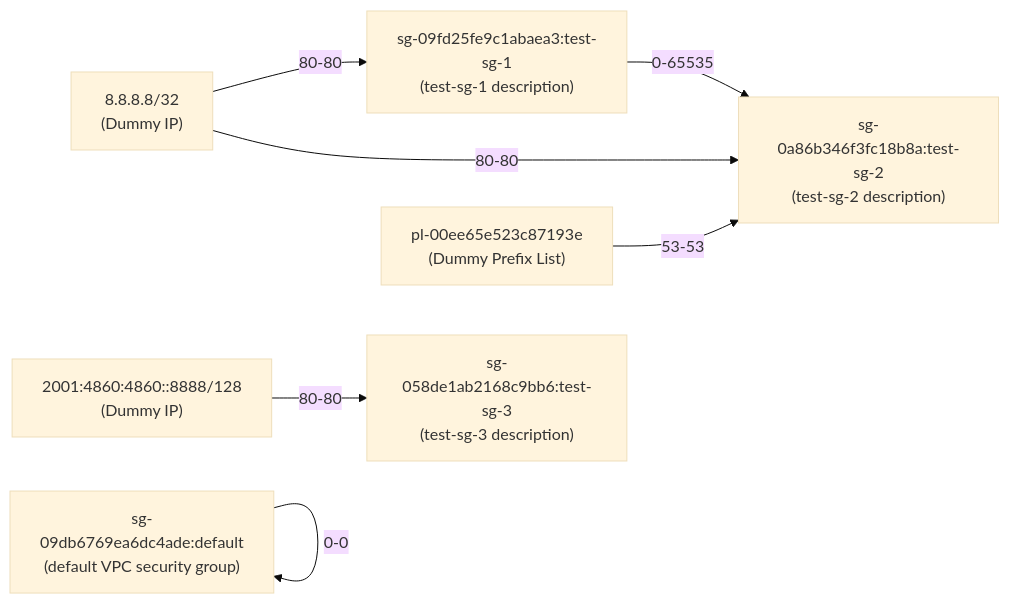
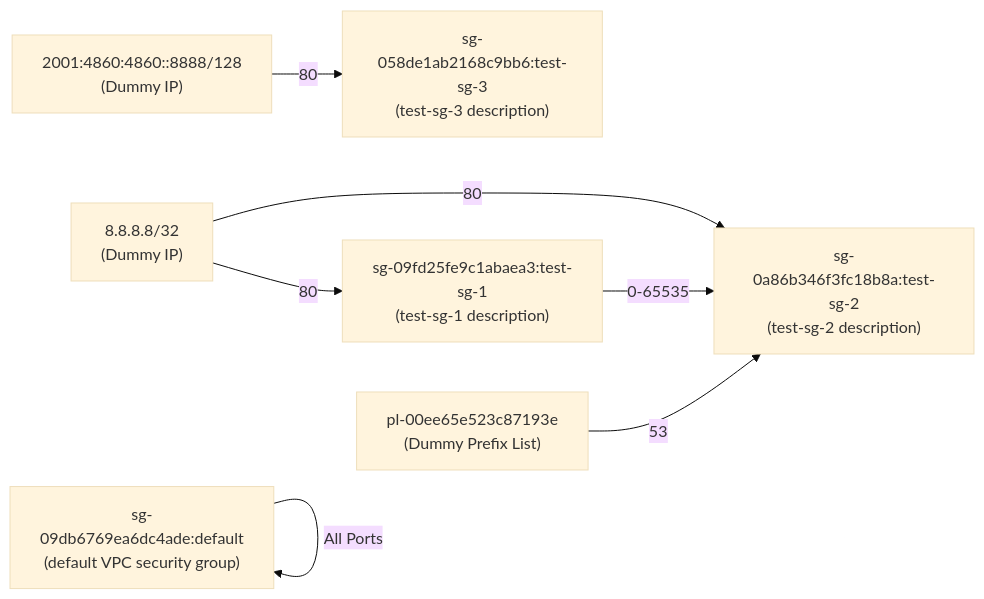
One commit to nag0yan/sgviz changed the diagram in output.md. Above: the diagram before and after it, drawn with Mermaid (base theme). The commit also changed 2 other files, not shown here.

Commit message:
modify: n-n -> n, 0-0 -> All Ports

````diff
--- a/output.md
+++ b/output.md
@@ -1,23 +1,23 @@
 ```mermaid
 flowchart LR
-	sg-09fd25fe9c1abaea3["sg-09fd25fe9c1abaea3:test-sg-1
-(test-sg-1 description)"]
 	8.8.8.8/32["8.8.8.8/32
 (Dummy IP)"]
 	sg-058de1ab2168c9bb6["sg-058de1ab2168c9bb6:test-sg-3
 (test-sg-3 description)"]
 	2001:4860:4860::8888/128["2001:4860:4860::8888/128
 (Dummy IP)"]
 	sg-0a86b346f3fc18b8a["sg-0a86b346f3fc18b8a:test-sg-2
 (test-sg-2 description)"]
 	pl-00ee65e523c87193e["pl-00ee65e523c87193e
 (Dummy Prefix List)"]
 	sg-09db6769ea6dc4ade["sg-09db6769ea6dc4ade:default
 (default VPC security group)"]
-	8.8.8.8/32-->|"80-80"|sg-09fd25fe9c1abaea3
-	2001:4860:4860::8888/128-->|"80-80"|sg-058de1ab2168c9bb6
-	8.8.8.8/32-->|"80-80"|sg-0a86b346f3fc18b8a
+	sg-09fd25fe9c1abaea3["sg-09fd25fe9c1abaea3:test-sg-1
+(test-sg-1 description)"]
+	8.8.8.8/32-->|"80"|sg-09fd25fe9c1abaea3
+	2001:4860:4860::8888/128-->|"80"|sg-058de1ab2168c9bb6
+	8.8.8.8/32-->|"80"|sg-0a86b346f3fc18b8a
 	sg-09fd25fe9c1abaea3-->|"0-65535"|sg-0a86b346f3fc18b8a
-	pl-00ee65e523c87193e-->|"53-53"|sg-0a86b346f3fc18b8a
-	sg-09db6769ea6dc4ade-->|"0-0"|sg-09db6769ea6dc4ade
+	pl-00ee65e523c87193e-->|"53"|sg-0a86b346f3fc18b8a
+	sg-09db6769ea6dc4ade-->|"All Ports"|sg-09db6769ea6dc4ade
 ```
````
